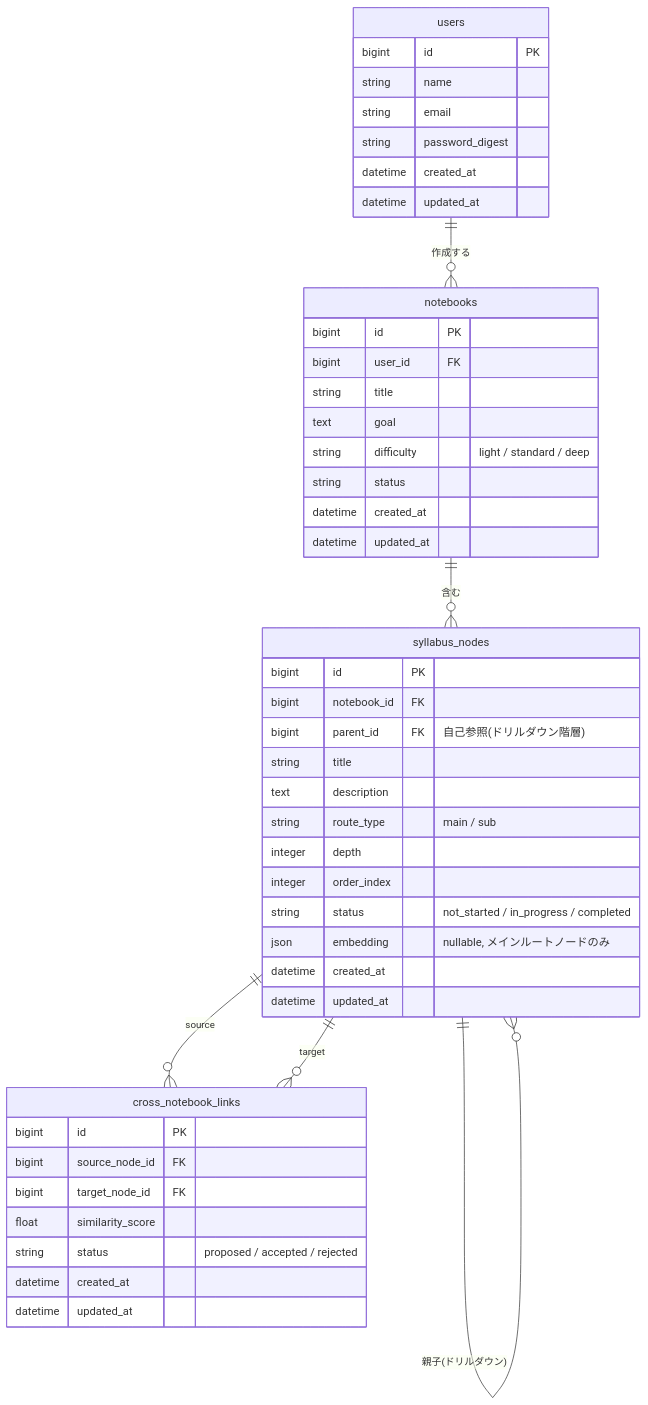
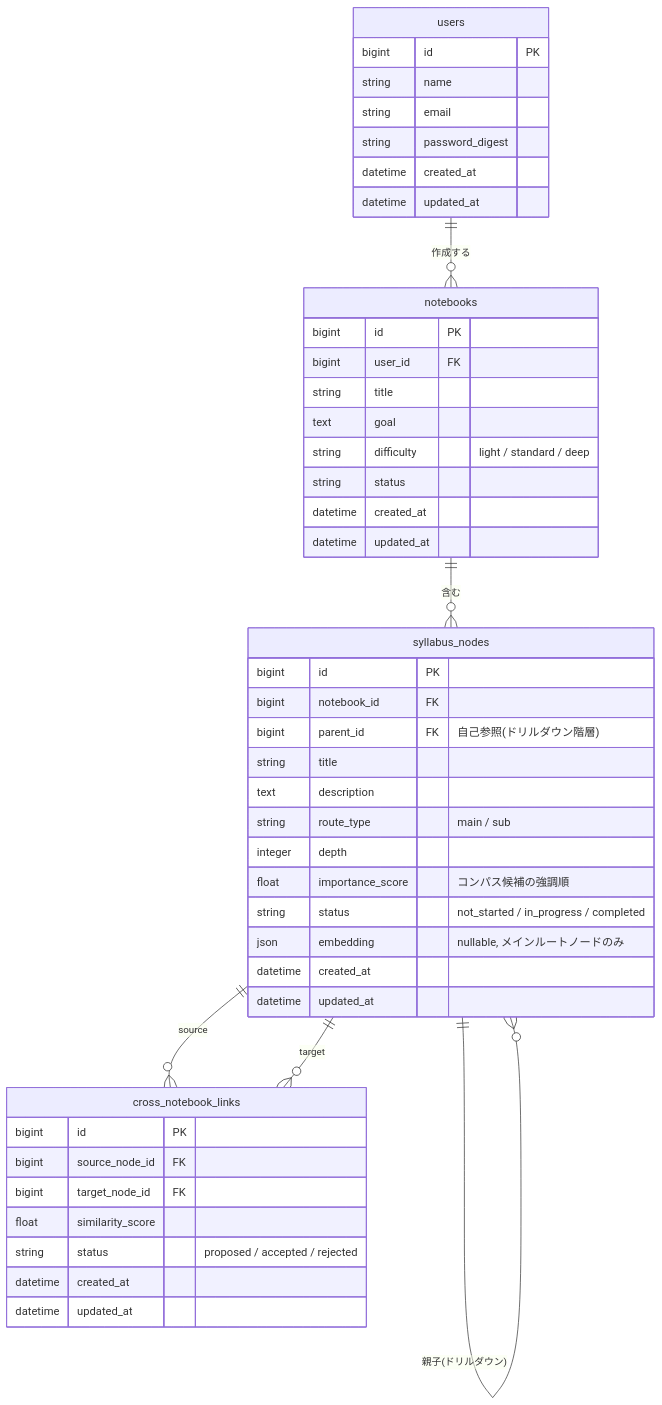
One commit to ryuma-1/Campass changed the fifth of 5 diagrams in doc/basic_design.md. Above: the diagram before and after it, drawn with Mermaid. The commit also changed other lines of this file and 2 other files, not shown here.

First line of the commit message:
docs: replace linear roadmap with learning map and compass

````diff
--- a/doc/basic_design.md
+++ b/doc/basic_design.md
@@ -120,50 +122,50 @@
 ```mermaid
 erDiagram
     users ||--o{ notebooks : "作成する"
     notebooks ||--o{ syllabus_nodes : "含む"
     syllabus_nodes ||--o{ syllabus_nodes : "親子(ドリルダウン)"
     syllabus_nodes ||--o{ cross_notebook_links : "source"
     syllabus_nodes ||--o{ cross_notebook_links : "target"
 
     users {
         bigint id PK
         string name
         string email
         string password_digest
         datetime created_at
         datetime updated_at
     }
     notebooks {
         bigint id PK
         bigint user_id FK
         string title
         text goal
         string difficulty "light / standard / deep"
         string status
         datetime created_at
         datetime updated_at
     }
     syllabus_nodes {
         bigint id PK
         bigint notebook_id FK
         bigint parent_id FK "自己参照(ドリルダウン階層)"
         string title
         text description
         string route_type "main / sub"
         integer depth
-        integer order_index
+        float importance_score "コンパス候補の強調順"
         string status "not_started / in_progress / completed"
         json embedding "nullable, メインルートノードのみ"
         datetime created_at
         datetime updated_at
     }
     cross_notebook_links {
         bigint id PK
         bigint source_node_id FK
         bigint target_node_id FK
         float similarity_score
         string status "proposed / accepted / rejected"
         datetime created_at
         datetime updated_at
     }
 ```
````
